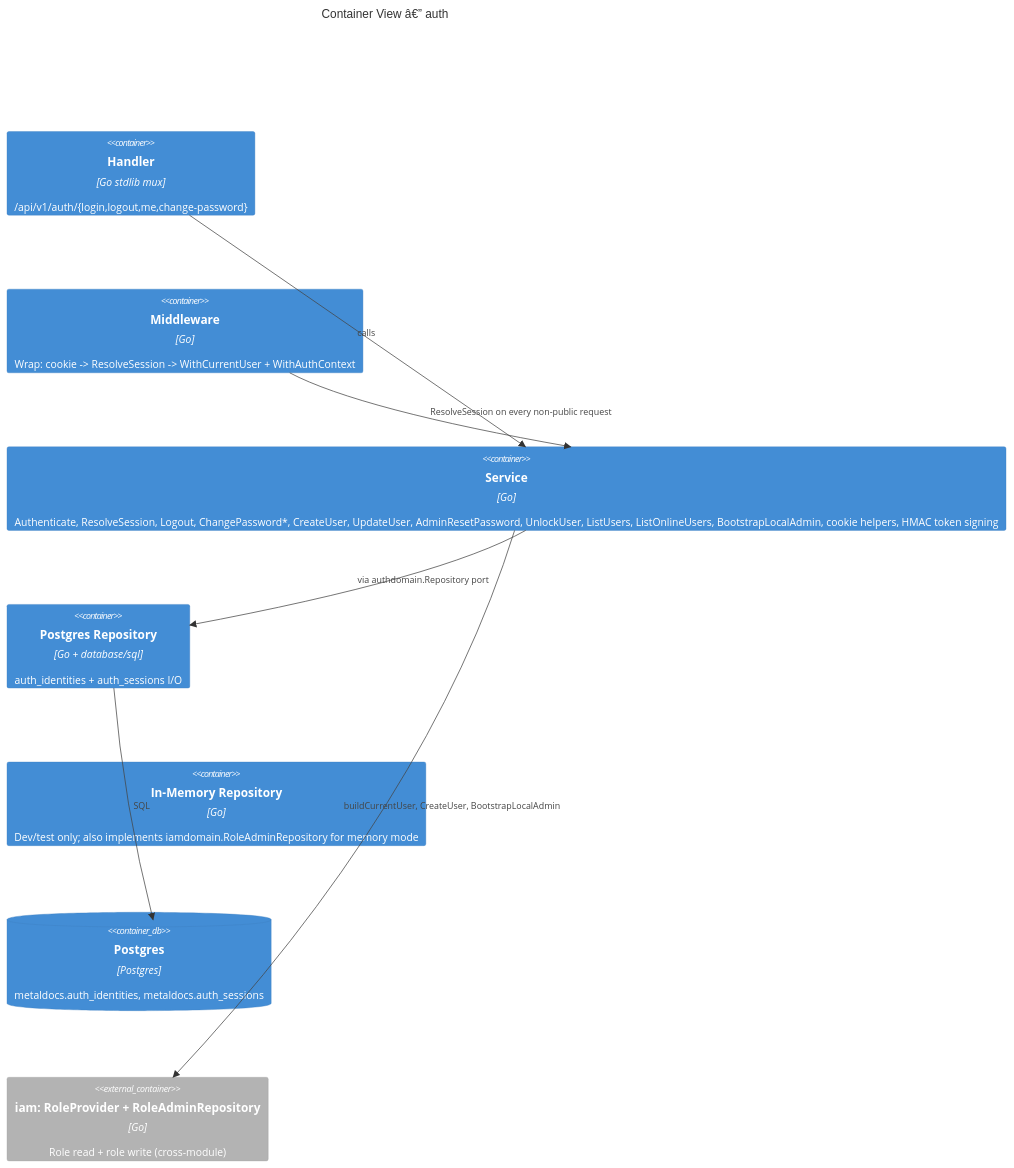
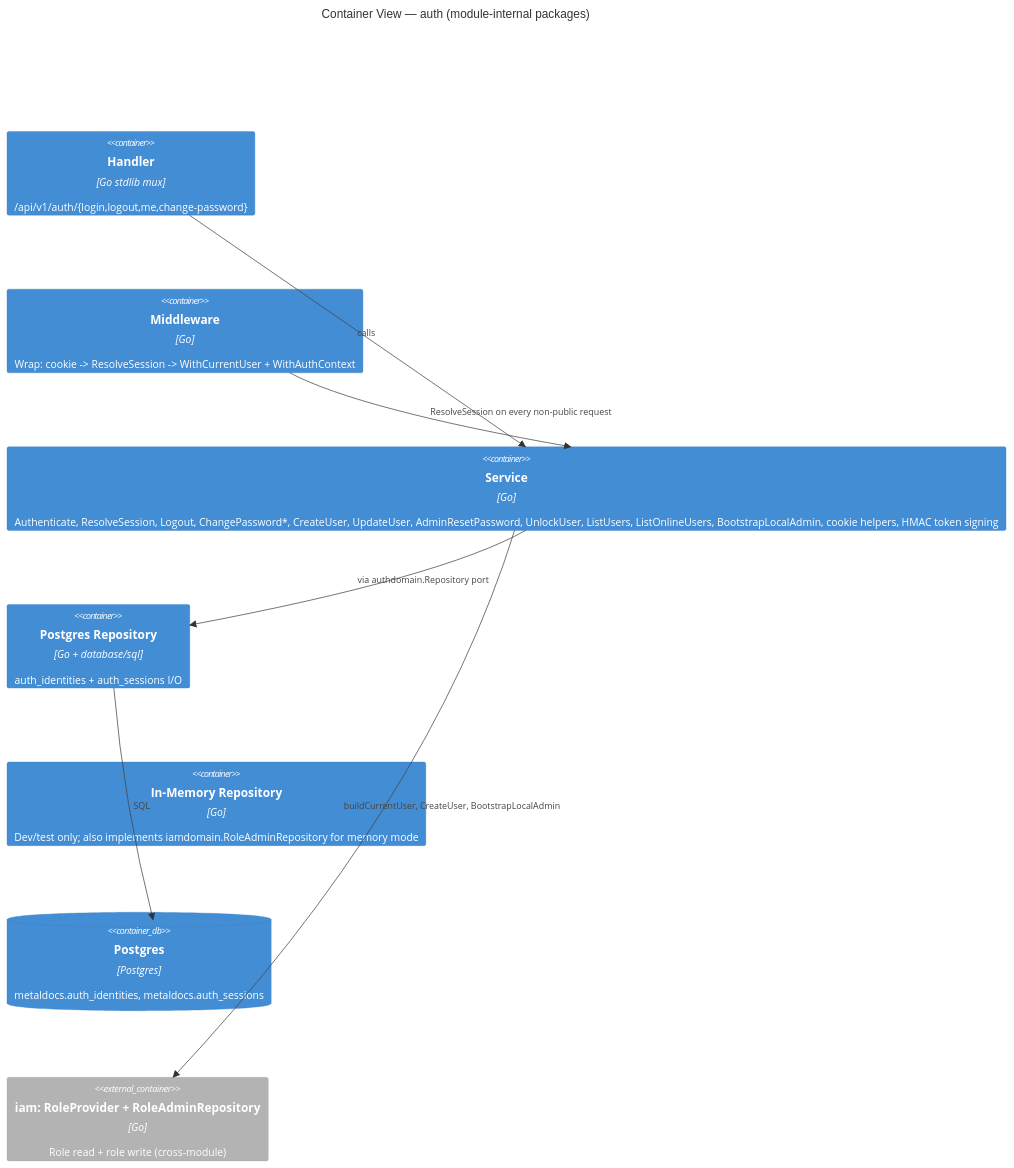
The second of 5 diagrams in wiki/modules/auth.md (developmentconexus-ops/MetalDocs), drawn with Mermaid before and after one commit. The commit also changed other lines of this file and 167 other files, not shown here.

````diff
--- a/wiki/modules/auth.md
+++ b/wiki/modules/auth.md
@@ -150,16 +154,16 @@
 ```mermaid
 C4Container
-    title Container View â€” auth
+    title Container View — auth (module-internal packages)
     Container(handler, "Handler", "Go stdlib mux", "/api/v1/auth/{login,logout,me,change-password}")
     Container(mw, "Middleware", "Go", "Wrap: cookie -> ResolveSession -> WithCurrentUser + WithAuthContext")
     Container(svc, "Service", "Go", "Authenticate, ResolveSession, Logout, ChangePassword*, CreateUser, UpdateUser, AdminResetPassword, UnlockUser, ListUsers, ListOnlineUsers, BootstrapLocalAdmin, cookie helpers, HMAC token signing")
     Container(pgRepo, "Postgres Repository", "Go + database/sql", "auth_identities + auth_sessions I/O")
     Container(memRepo, "In-Memory Repository", "Go", "Dev/test only; also implements iamdomain.RoleAdminRepository for memory mode")
     ContainerDb(db, "Postgres", "Postgres", "metaldocs.auth_identities, metaldocs.auth_sessions")
     Container_Ext(iamRoles, "iam: RoleProvider + RoleAdminRepository", "Go", "Role read + role write (cross-module)")
     Rel(handler, svc, "calls")
     Rel(mw, svc, "ResolveSession on every non-public request")
     Rel(svc, pgRepo, "via authdomain.Repository port")
     Rel(svc, iamRoles, "buildCurrentUser, CreateUser, BootstrapLocalAdmin")
     Rel(pgRepo, db, "SQL")
 ```
````
